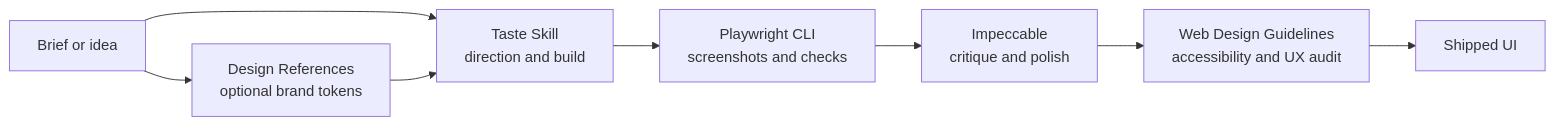
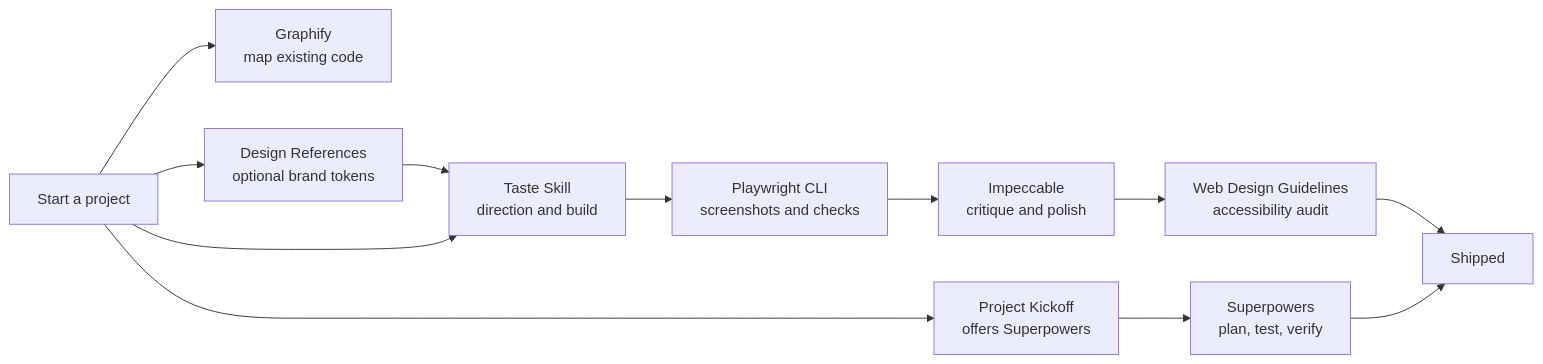
Before and after one commit to SpicyFalcon619/claude-skills-setup: the diagram in README.md, drawn with Mermaid. The commit also changed other lines of this file and 3 other files, not shown here.

First line of the commit message:
Add Graphify, Matt Pocock, Karpathy, Anthropic skills and Superpowers (off by default)

````diff
--- a/README.md
+++ b/README.md
@@ -63,10 +84,14 @@
 ```mermaid
 flowchart LR
-    A[Brief or idea] --> B[Design References<br/>optional brand tokens]
-    A --> C[Taste Skill<br/>direction and build]
-    B --> C
+    A[Start a project] --> K[Project Kickoff<br/>offers Superpowers]
+    K --> S[Superpowers<br/>plan, test, verify]
+    A --> G[Graphify<br/>map existing code]
+    A --> B[Design References<br/>optional brand tokens]
+    B --> C[Taste Skill<br/>direction and build]
+    A --> C
     C --> D[Playwright CLI<br/>screenshots and checks]
     D --> E[Impeccable<br/>critique and polish]
-    E --> F[Web Design Guidelines<br/>accessibility and UX audit]
-    F --> G[Shipped UI]
+    E --> F[Web Design Guidelines<br/>accessibility audit]
+    F --> H[Shipped]
+    S --> H
 ```
````
